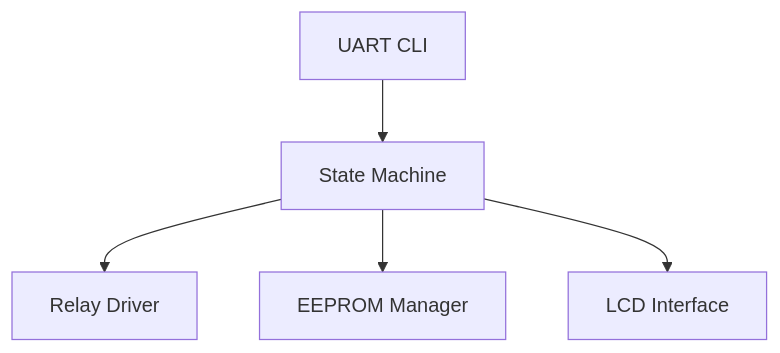
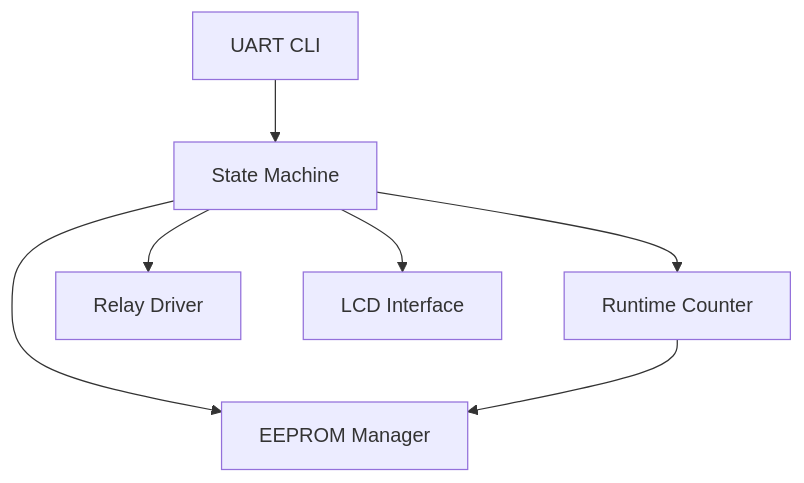
Before and after one commit to domkow78/Relay_tester: the second of 2 diagrams in architecture.md, drawn with Mermaid. The commit also changed other lines of this file and 7 other files, not shown here.

````diff
--- a/architecture.md
+++ b/architecture.md
@@ -203,17 +204,21 @@
 ```mermaid
 flowchart TD
 
 CLI[UART CLI]
 
 SM[State Machine]
+RT[Runtime Counter]
 
 RELAY[Relay Driver]
 EEPROM[EEPROM Manager]
 LCD[LCD Interface]
 
 CLI --> SM
 
 SM --> RELAY
 SM --> EEPROM
 SM --> LCD
+
+RT --> EEPROM
+SM --> RT
 ```
````
